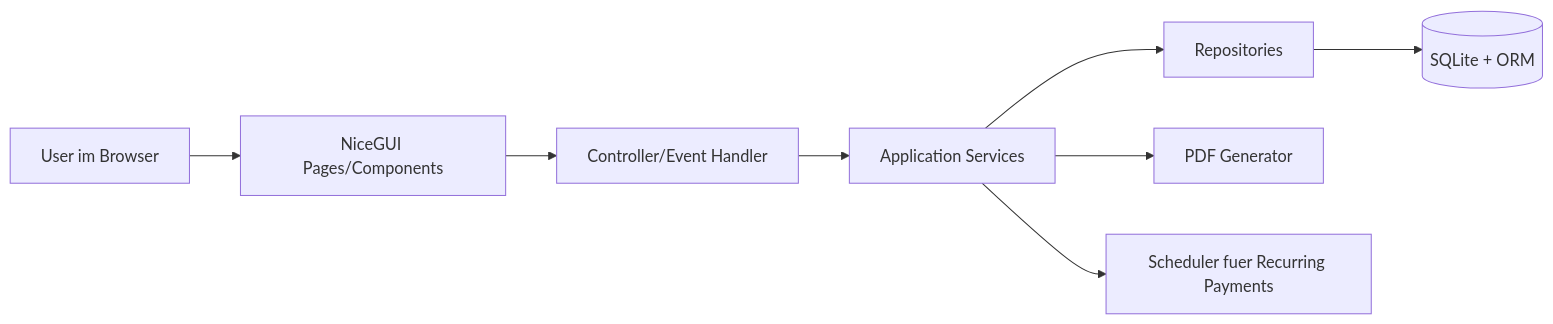
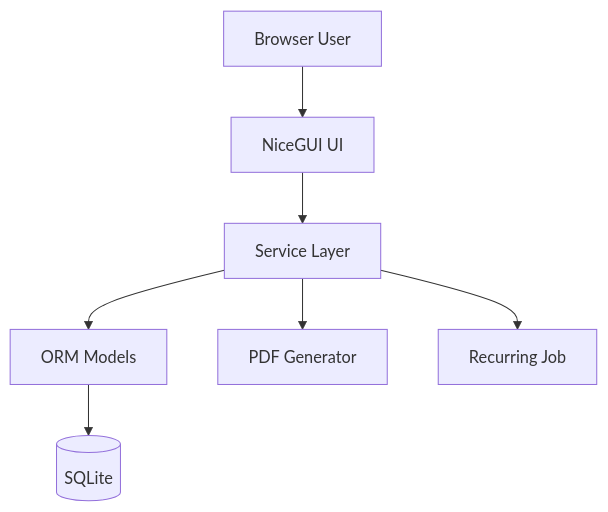
Before and after one commit to Asi-05/Banking_website: the first of 2 diagrams in technical_design.md, drawn with Mermaid. The commit also changed other lines of this file and 3 other files, not shown here.

````diff
--- a/technical_design.md
+++ b/technical_design.md
@@ -22,11 +91,10 @@
 ```mermaid
-flowchart LR
-    U[User im Browser] --> UI[NiceGUI Pages/Components]
-    UI --> C[Controller/Event Handler]
-    C --> S[Application Services]
-    S --> R[Repositories]
-    R --> DB[(SQLite + ORM)]
+flowchart TD
+    A[Browser User] --> B[NiceGUI UI]
+    B --> C[Service Layer]
+    C --> D[ORM Models]
+    D --> E[(SQLite)]
 
-    S --> EXT1[PDF Generator]
-    S --> EXT2[Scheduler fuer Recurring Payments]
+    C --> F[PDF Generator]
+    C --> G[Recurring Job]
 ```
````
